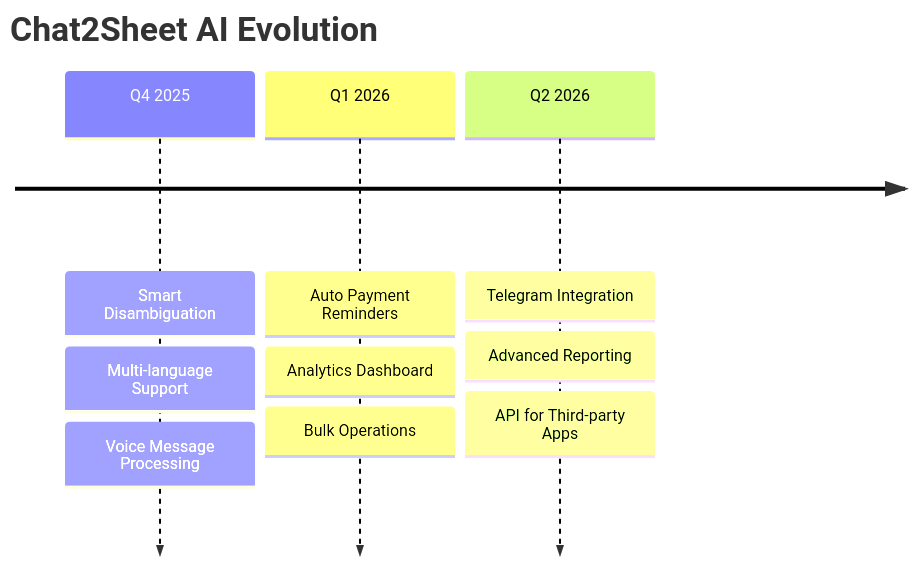
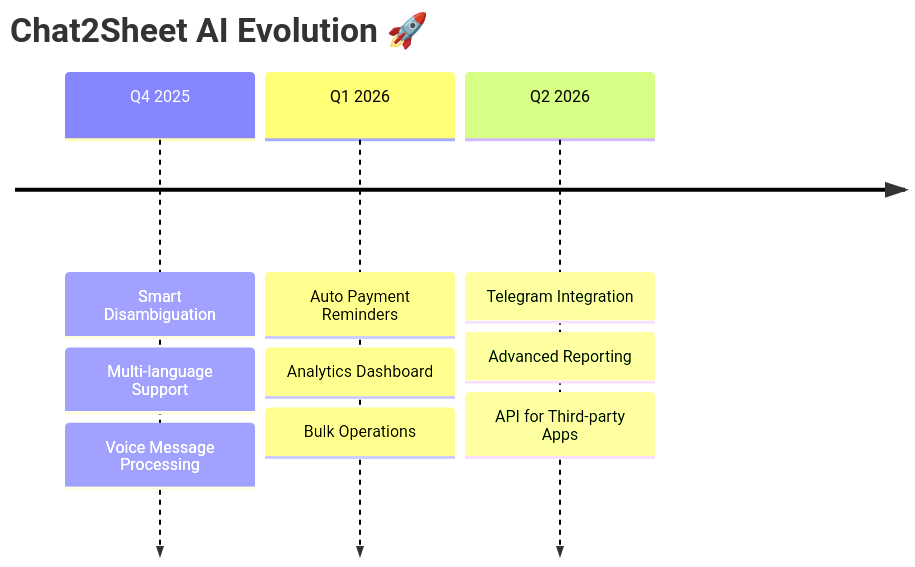
One commit to yassshhhh22/Chat2Sheet changed the second of 2 diagrams in README.md. Above: the diagram before and after it, drawn with Mermaid. The commit also changed other lines of this file, not shown here.

````diff
--- a/README.md
+++ b/README.md
@@ -286,16 +327,16 @@
 ```mermaid
 timeline
-    title Chat2Sheet AI Evolution
+    title Chat2Sheet AI Evolution 🚀
 
     Q4 2025 : Smart Disambiguation
             : Multi-language Support
             : Voice Message Processing
 
     Q1 2026 : Auto Payment Reminders
             : Analytics Dashboard
             : Bulk Operations
 
     Q2 2026 : Telegram Integration
             : Advanced Reporting
             : API for Third-party Apps
 ```
````
